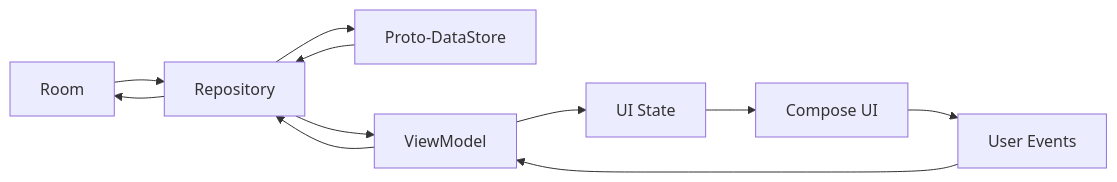
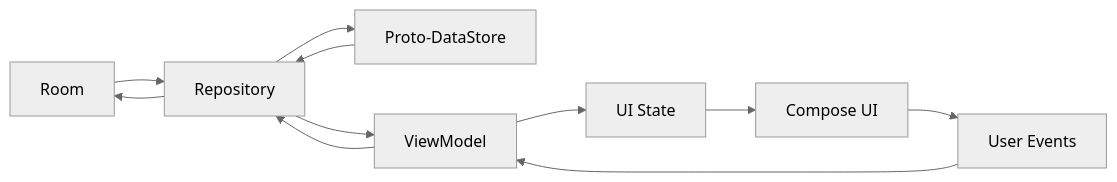
Before and after one commit to sethdegay/Sequence: the first of 2 diagrams in README.md, drawn with Mermaid. The commit also changed other lines of this file and 1 other file, not shown here.

Commit message:
update graphs

````diff
--- a/README.md
+++ b/README.md
@@ -80,12 +80,18 @@
 ```mermaid
+%%{
+  init: {
+    'theme': 'neutral'
+  }
+}%%
+
 graph LR
     X[Room] --> B[Repository]
     Y[Proto-DataStore] --> B
     B --> C[ViewModel]
     C --> D[UI State]
     D --> E[Compose UI]
     E --> F[User Events] --> C
     C --> B
     B --> X
     B --> Y
 ```
````
